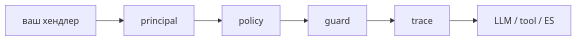
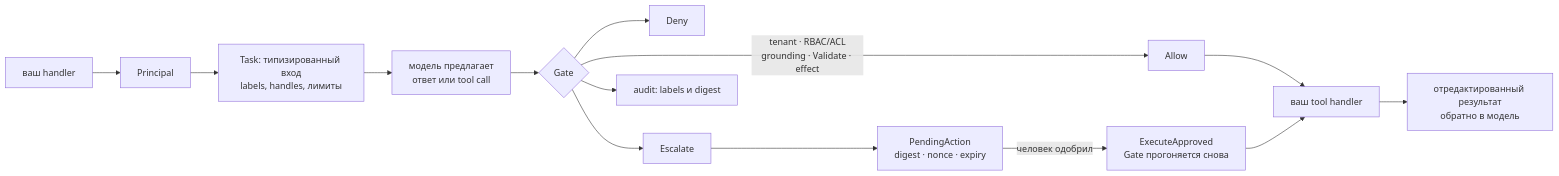
Before and after one commit to KirillYuzh/Gobellim: the diagram in README.ru.md, drawn with Mermaid. The commit also changed other lines of this file and 3 other files, not shown here.

Commit message:
docs: actualize the README for the library and redraw the architecture

````diff
--- a/README.ru.md
+++ b/README.ru.md
@@ -88,8 +89,16 @@
 ```mermaid
 flowchart LR
-    H["ваш хендлер"] --> P["principal"]
-    P --> A["policy"]
-    A --> G["guard"]
-    G --> T["trace"]
-    T --> X["LLM / tool / ES"]
+    H["ваш handler"] --> P["Principal"]
+    P --> T["Task: типизированный вход<br/>labels, handles, лимиты"]
+    T --> M["модель предлагает<br/>ответ или tool call"]
+    M --> G{"Gate"}
+    G -->|"tenant · RBAC/ACL<br/>grounding · Validate · effect"| A["Allow"]
+    G --> D["Deny"]
+    G --> E["Escalate"]
+    A --> X["ваш tool handler"]
+    X --> R["отредактированный результат<br/>обратно в модель"]
+    E --> C["PendingAction<br/>digest · nonce · expiry"]
+    C -->|"человек одобрил"| EA["ExecuteApproved<br/>Gate прогоняется снова"]
+    EA --> X
+    G --> AU["audit: labels и digest"]
 ```
````
